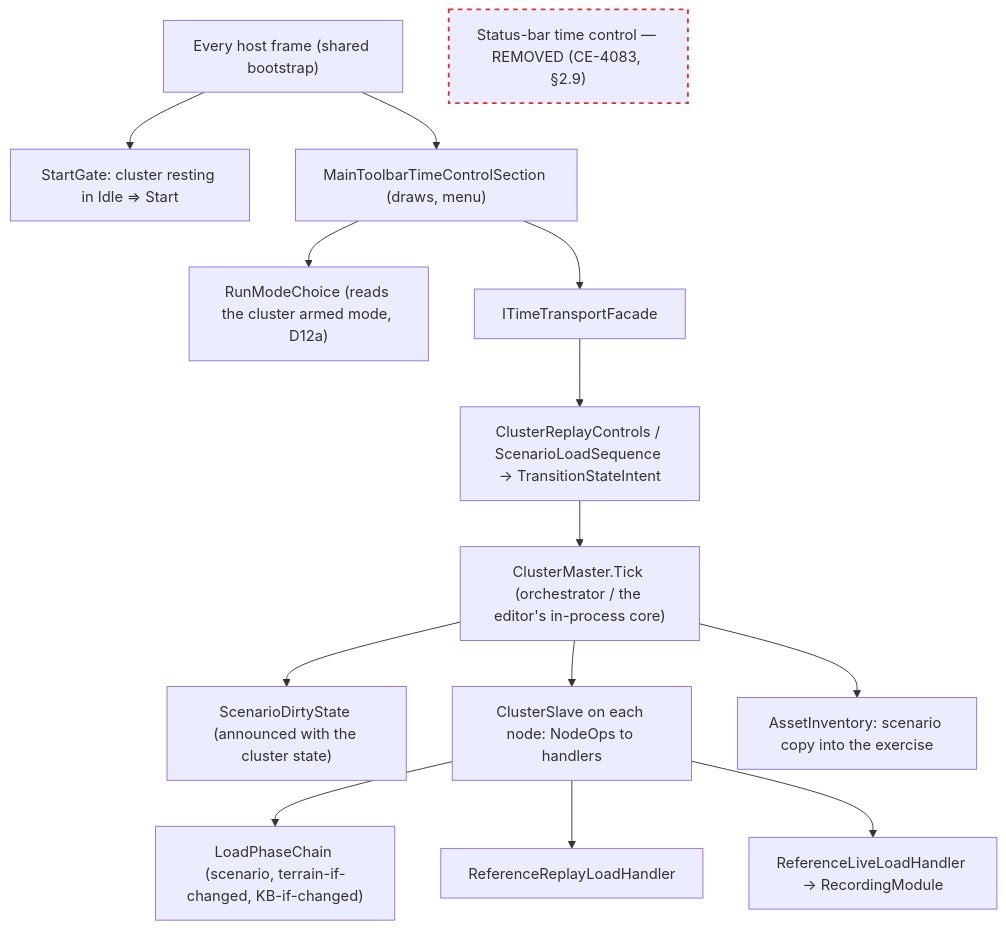
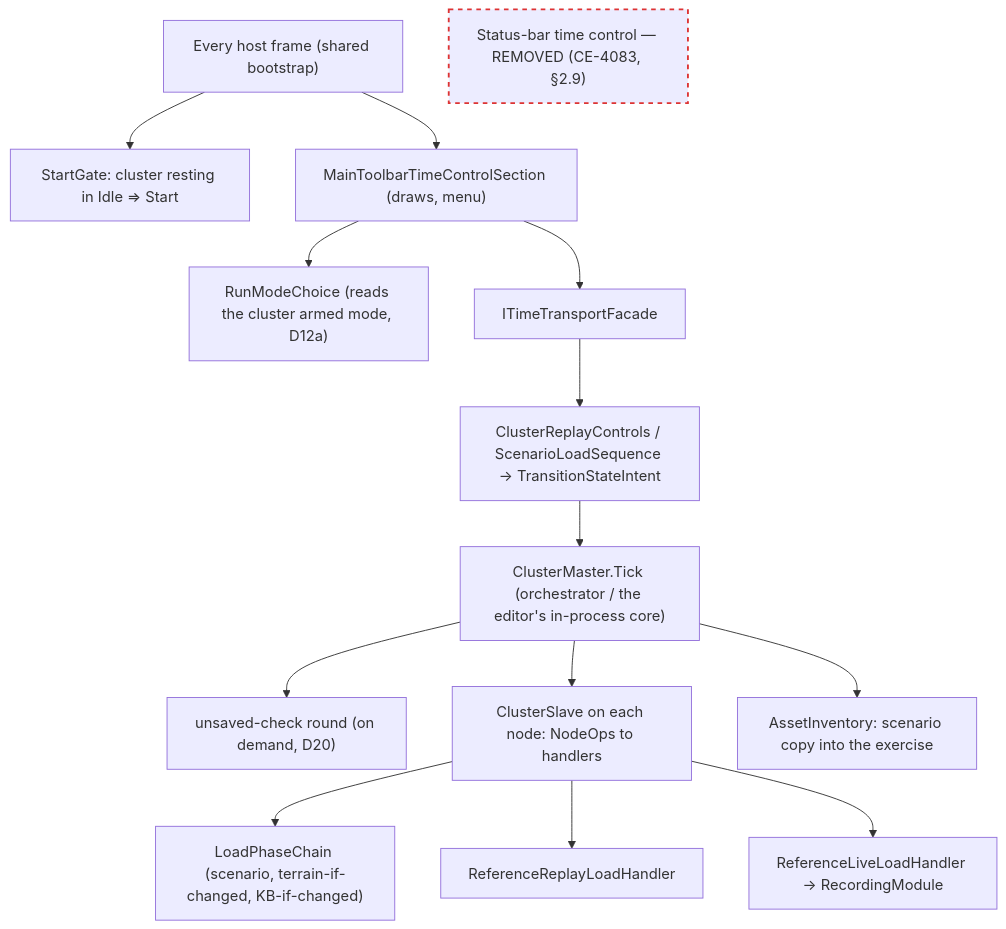
Before and after one commit to pjanec/HROT: the fifth of 28 diagrams in docs/blueprints/Architect_Question_108_Run_Mode_Picker.md, drawn with Mermaid. The commit also changed other lines of this file and 4 other files, not shown here.

````diff
--- a/docs/blueprints/Architect_Question_108_Run_Mode_Picker.md
+++ b/docs/blueprints/Architect_Question_108_Run_Mode_Picker.md
@@ -231,17 +232,17 @@
 ```mermaid
 graph TD
   ED["Every host frame (shared bootstrap)"] --> SG["StartGate: cluster resting in Idle ⇒ Start"]
   ED --> TB["MainToolbarTimeControlSection (draws, menu)"]
   TB --> RC["RunModeChoice (reads the cluster armed mode, D12a)"]
   TB --> FAC["ITimeTransportFacade"]
   FAC --> CRC["ClusterReplayControls / ScenarioLoadSequence → TransitionStateIntent"]
   CRC --> ORC["ClusterMaster.Tick (orchestrator / the editor's in-process core)"]
-  ORC --> DS["ScenarioDirtyState (announced with the cluster state)"]
+  ORC --> DS["unsaved-check round (on demand, D20)"]
   ORC --> SLV["ClusterSlave on each node: NodeOps to handlers"]
   SLV --> LPC["LoadPhaseChain (scenario, terrain-if-changed, KB-if-changed)"]
   SLV --> RLH["ReferenceReplayLoadHandler"]
   SLV --> LLH["ReferenceLiveLoadHandler → RecordingModule"]
   ORC --> GW["AssetInventory: scenario copy into the exercise"]
   SB["Status-bar time control — REMOVED (CE-4083, §2.9)"]:::dead
   classDef dead stroke:#d33,stroke-width:2px,stroke-dasharray: 5 5
 ```
````
